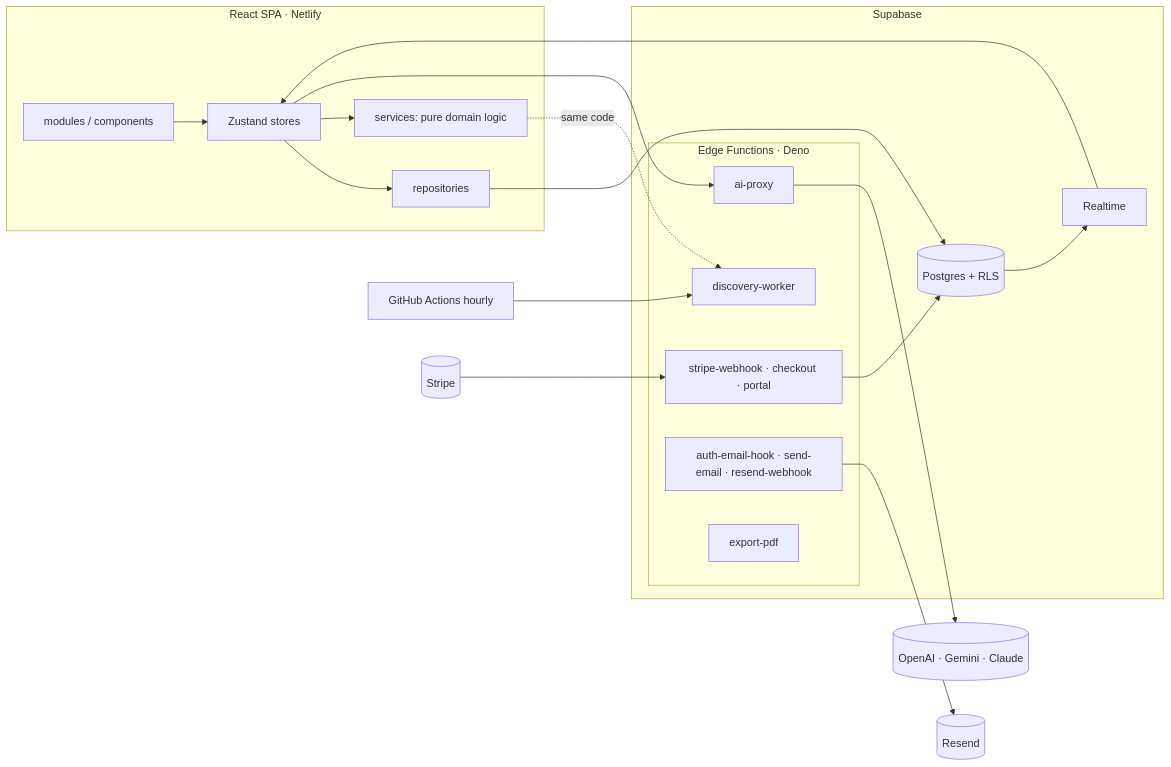
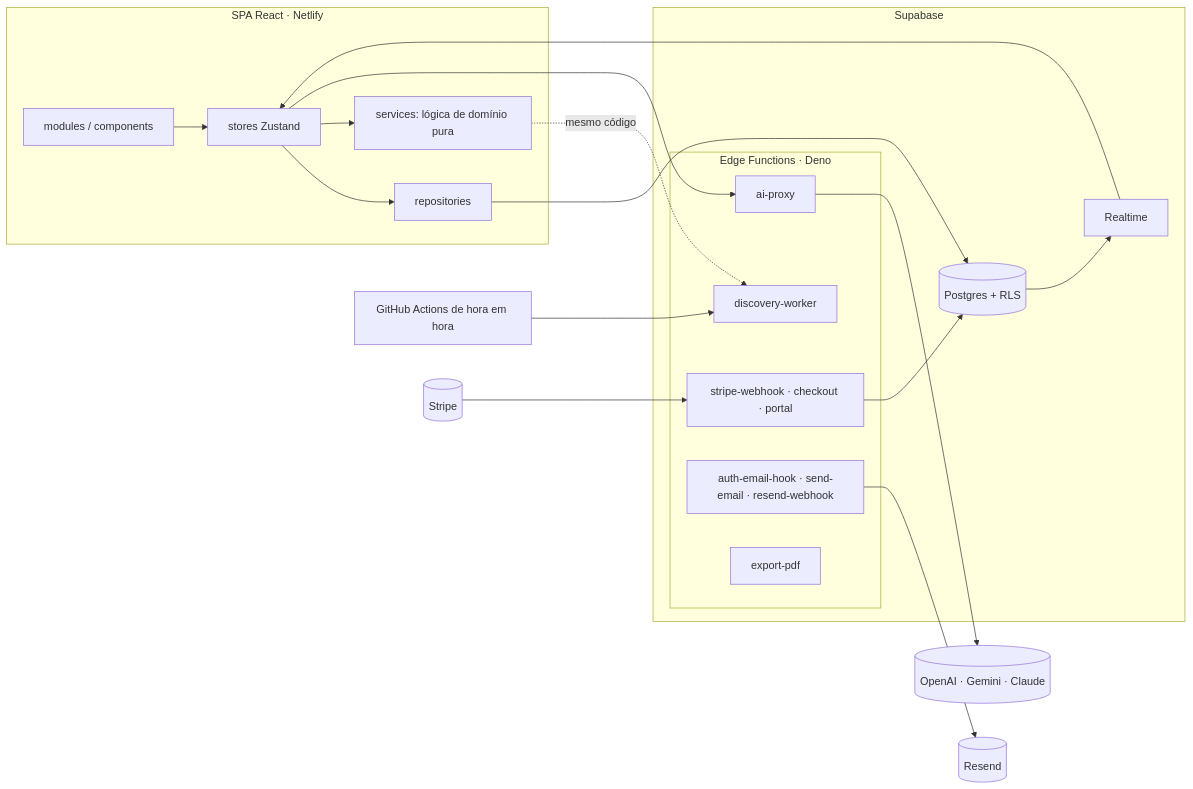
The diagram in README.md (DeyvidJesus/octant), drawn with Mermaid before and after one commit. The commit also changed other lines of this file and 7 other files, not shown here.

````diff
--- a/README.md
+++ b/README.md
@@ -79,26 +82,26 @@
 ```mermaid
 graph LR
-    subgraph Browser [React SPA · Netlify]
-        UI[modules / components] --> Stores[Zustand stores]
+    subgraph Browser [SPA React · Netlify]
+        UI[modules / components] --> Stores[stores Zustand]
         Stores --> Repos[repositories]
-        Stores --> Core[services: pure domain logic]
+        Stores --> Core[services: lógica de domínio pura]
     end
     subgraph Supabase
         DB[(Postgres + RLS)]
         RT[Realtime]
         subgraph Edge [Edge Functions · Deno]
             Proxy[ai-proxy]
             Worker[discovery-worker]
             Billing[stripe-webhook · checkout · portal]
             Mail[auth-email-hook · send-email · resend-webhook]
             PDF[export-pdf]
         end
     end
     Repos --> DB
     DB --> RT --> Stores
-    Core -. same code .-> Worker
+    Core -. mesmo código .-> Worker
     Stores --> Proxy --> LLM[(OpenAI · Gemini · Claude)]
-    Cron[GitHub Actions hourly] --> Worker
+    Cron[GitHub Actions de hora em hora] --> Worker
     Stripe[(Stripe)] --> Billing --> DB
     Mail --> Resend[(Resend)]
 ```
````
